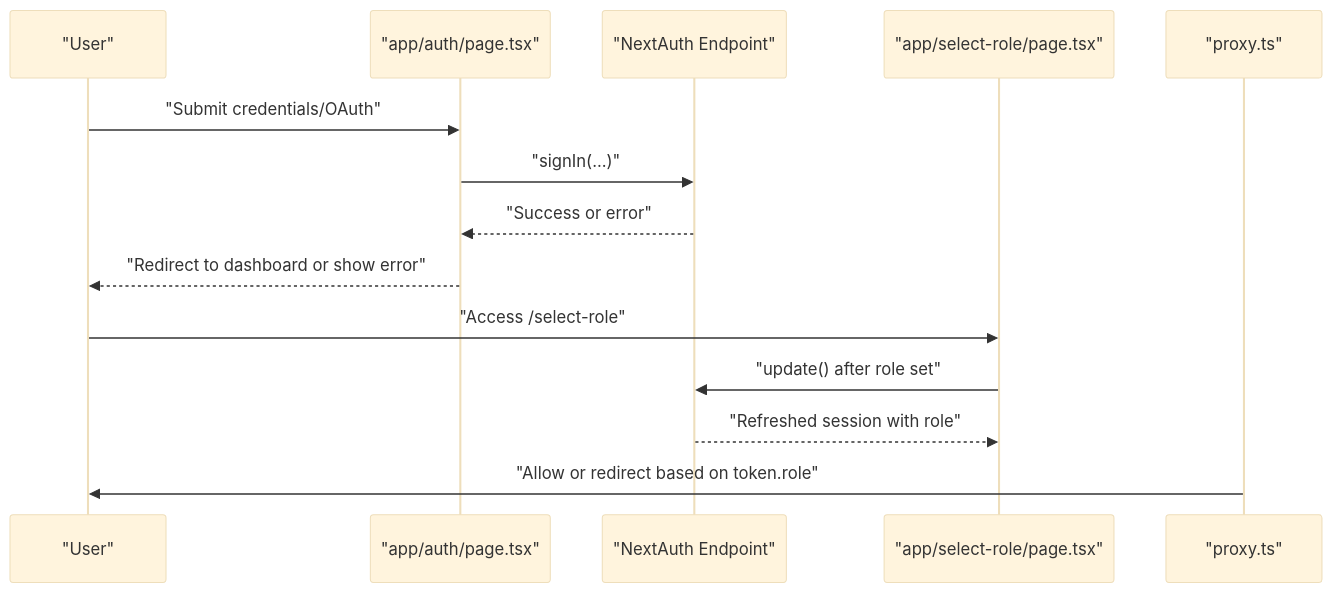
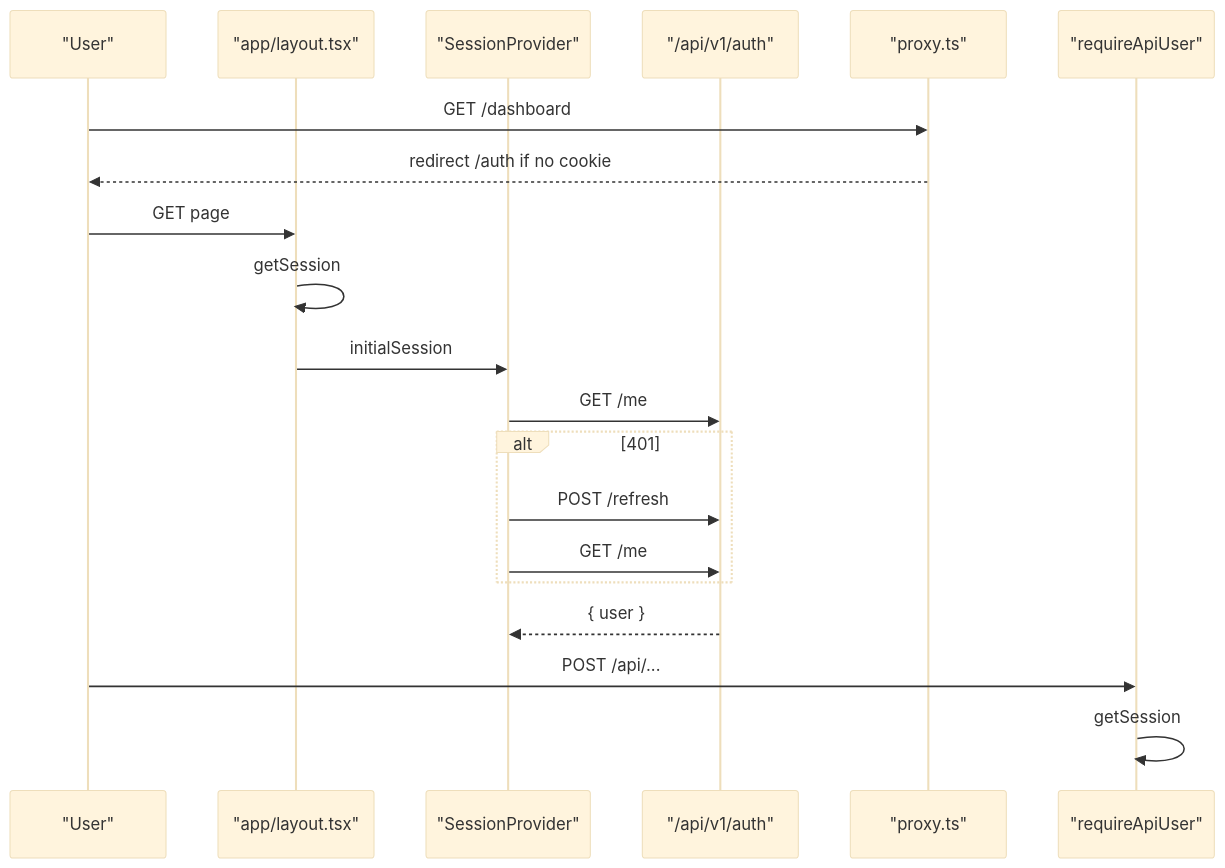
The second of 3 diagrams in src/data/docs/talentsync/Frontend Application/State Management/Authentication State.md (tashifkhan/tashif.codes), drawn with Mermaid (base theme) before and after one commit. The commit also changed other lines of this file and 2128 other files, not shown here.

First line of the commit message:
docs: replace raster diagram images with native Mermaid across project guides

````diff
--- a/src/data/docs/talentsync/Frontend Application/State Management/Authentication State.md
+++ b/src/data/docs/talentsync/Frontend Application/State Management/Authentication State.md
@@ -118,16 +56,22 @@
 ```mermaid
 sequenceDiagram
 participant U as "User"
-participant Auth as "app/auth/page.tsx"
-participant NA as "NextAuth Endpoint"
-participant Sel as "app/select-role/page.tsx"
+participant Layout as "app/layout.tsx"
+participant SP as "SessionProvider"
+participant Auth as "/api/v1/auth"
 participant MW as "proxy.ts"
-U->>Auth : "Submit credentials/OAuth"
-Auth->>NA : "signIn(...)"
-NA-->>Auth : "Success or error"
-Auth-->>U : "Redirect to dashboard or show error"
-U->>Sel : "Access /select-role"
-Sel->>NA : "update() after role set"
-NA-->>Sel : "Refreshed session with role"
-MW->>U : "Allow or redirect based on token.role"
+participant BFF as "requireApiUser"
+U->>MW : GET /dashboard
+MW-->>U : redirect /auth if no cookie
+U->>Layout : GET page
+Layout->>Layout : getSession
+Layout->>SP : initialSession
+SP->>Auth : GET /me
+alt 401
+SP->>Auth : POST /refresh
+SP->>Auth : GET /me
+end
+Auth-->>SP : { user }
+U->>BFF : POST /api/...
+BFF->>BFF : getSession
 ```
````
